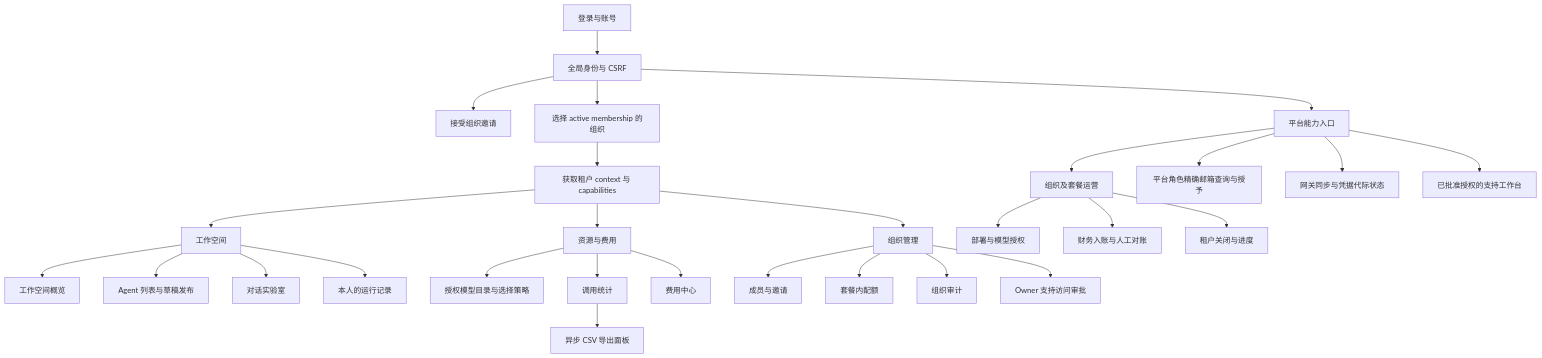
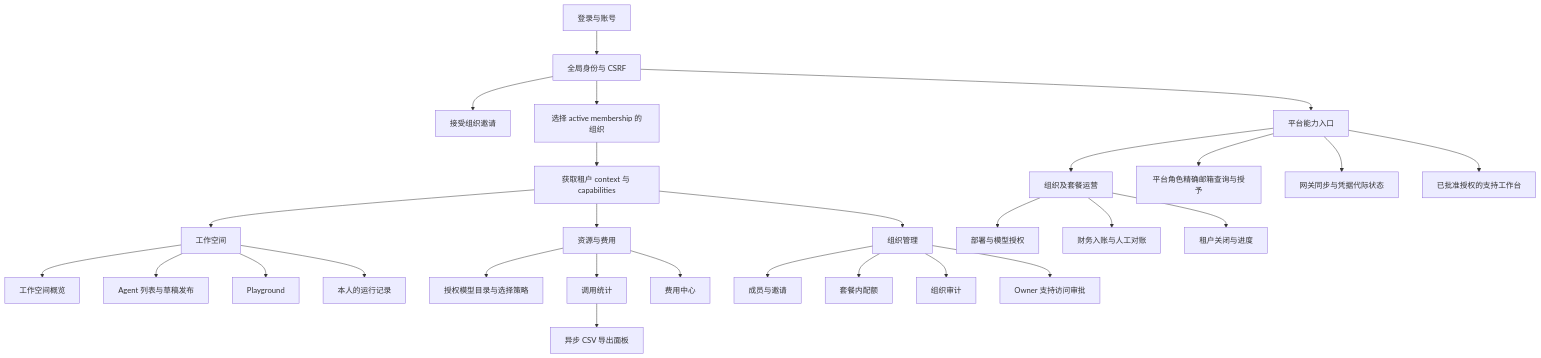
The first of 5 diagrams in agent_platform/docs/frontend-functional-spec.md (GHjiejie/Z), drawn with Mermaid before and after one commit. The commit also changed other lines of this file and 54 other files, not shown here.

````diff
--- a/agent_platform/docs/frontend-functional-spec.md
+++ b/agent_platform/docs/frontend-functional-spec.md
@@ -27,30 +27,30 @@
 ```mermaid
 flowchart TD
     Login[登录与账号] --> Identity[全局身份与 CSRF]
     Identity --> Invite[接受组织邀请]
     Identity --> Switch[选择 active membership 的组织]
     Switch --> Context[获取租户 context 与 capabilities]
     Context --> Workspace[工作空间]
     Workspace --> Overview[工作空间概览]
     Workspace --> Agents[Agent 列表与草稿发布]
-    Workspace --> Playground[对话实验室]
+    Workspace --> Playground[Playground]
     Workspace --> Runs[本人的运行记录]
     Context --> Resources[资源与费用]
     Resources --> Models[授权模型目录与选择策略]
     Resources --> Usage[调用统计]
     Resources --> Billing[费用中心]
     Usage --> Exports[异步 CSV 导出面板]
     Context --> TenantAdmin[组织管理]
     TenantAdmin --> Members[成员与邀请]
     TenantAdmin --> Quotas[套餐内配额]
     TenantAdmin --> Audit[组织审计]
     TenantAdmin --> OwnerGrant[Owner 支持访问审批]
     Identity --> Platform[平台能力入口]
     Platform --> Operations[组织及套餐运营]
     Operations --> Catalog[部署与模型授权]
     Operations --> Finance[财务入账与人工对账]
     Operations --> Closure[租户关闭与进度]
     Platform --> Roles[平台角色精确邮箱查询与授予]
     Platform --> Gateway[网关同步与凭据代际状态]
     Platform --> Support[已批准授权的支持工作台]
 ```
````
